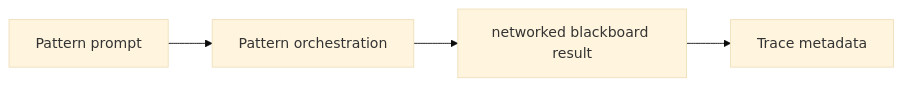
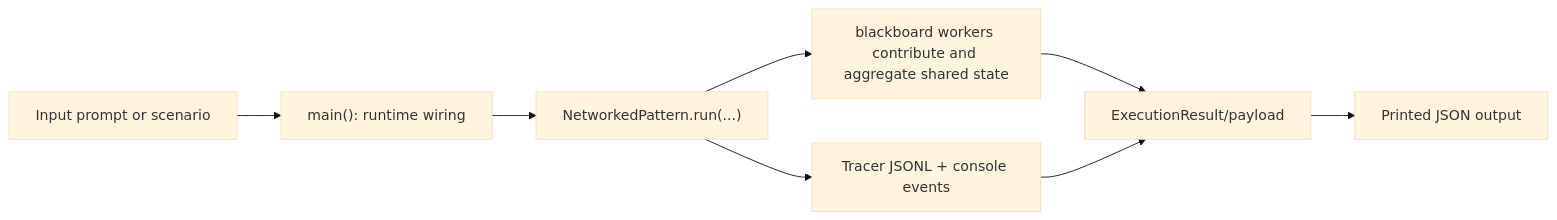
One commit to cmudrc/design-research-agents changed the diagram in docs/examples/patterns/networked_blackboard.rst. Above: the diagram before and after it, drawn with Mermaid (base theme). The commit also changed other lines of this file and 83 other files, not shown here.

```diff
--- a/docs/examples/patterns/networked_blackboard.rst
+++ b/docs/examples/patterns/networked_blackboard.rst
@@ -21,6 +22,10 @@
 .. mermaid::
 
    flowchart LR
-       A["Pattern prompt"] --> B["Pattern orchestration"]
-       B --> C["networked blackboard result"]
-       C --> D["Trace metadata"]
+       A["Input prompt or scenario"] --> B["main(): runtime wiring"]
+       B --> C["NetworkedPattern.run(...)"]
+       C --> D["blackboard workers contribute and aggregate shared state"]
+       C --> E["Tracer JSONL + console events"]
+       D --> F["ExecutionResult/payload"]
+       E --> F
+       F --> G["Printed JSON output"]
```
